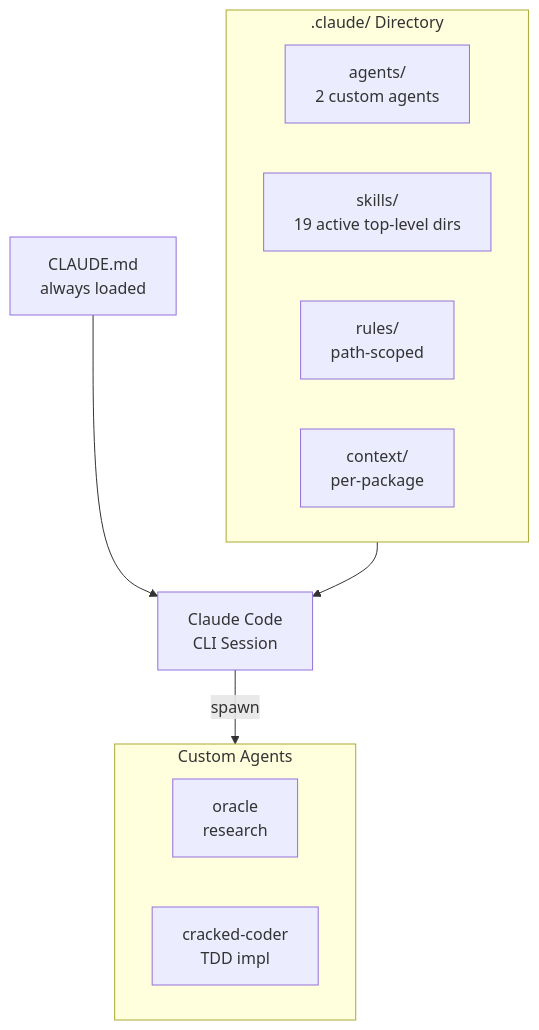
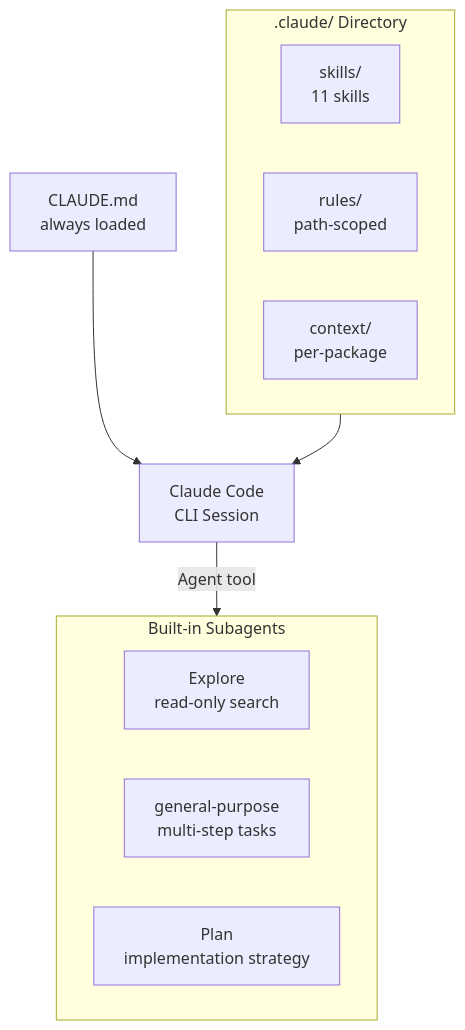
The diagram in docs/docs/builders/agentic/claude-code.mdx (greenpill-dev-guild/green-goods), drawn with Mermaid before and after one commit. The commit also changed other lines of this file and 102 other files, not shown here.

````diff
--- a/docs/docs/builders/agentic/claude-code.mdx
+++ b/docs/docs/builders/agentic/claude-code.mdx
@@ -21,19 +21,19 @@
 ```mermaid
 graph TB
     subgraph Config[".claude/ Directory"]
-        Agents["agents/\n2 custom agents"]
-        Skills["skills/\n19 active top-level dirs"]
+        Skills["skills/\n11 skills"]
         Rules["rules/\npath-scoped"]
         Context["context/\nper-package"]
     end
 
     CLAUDE["CLAUDE.md\nalways loaded"] --> Session["Claude Code\nCLI Session"]
     Config --> Session
 
-    subgraph AgentTypes["Custom Agents"]
-        Oracle["oracle\nresearch"]
-        Cracked["cracked-coder\nTDD impl"]
+    subgraph Subagents["Built-in Subagents"]
+        Explore["Explore\nread-only search"]
+        General["general-purpose\nmulti-step tasks"]
+        PlanAgent["Plan\nimplementation strategy"]
     end
 
-    Session -->|spawn| AgentTypes
+    Session -->|Agent tool| Subagents
 ```
````
